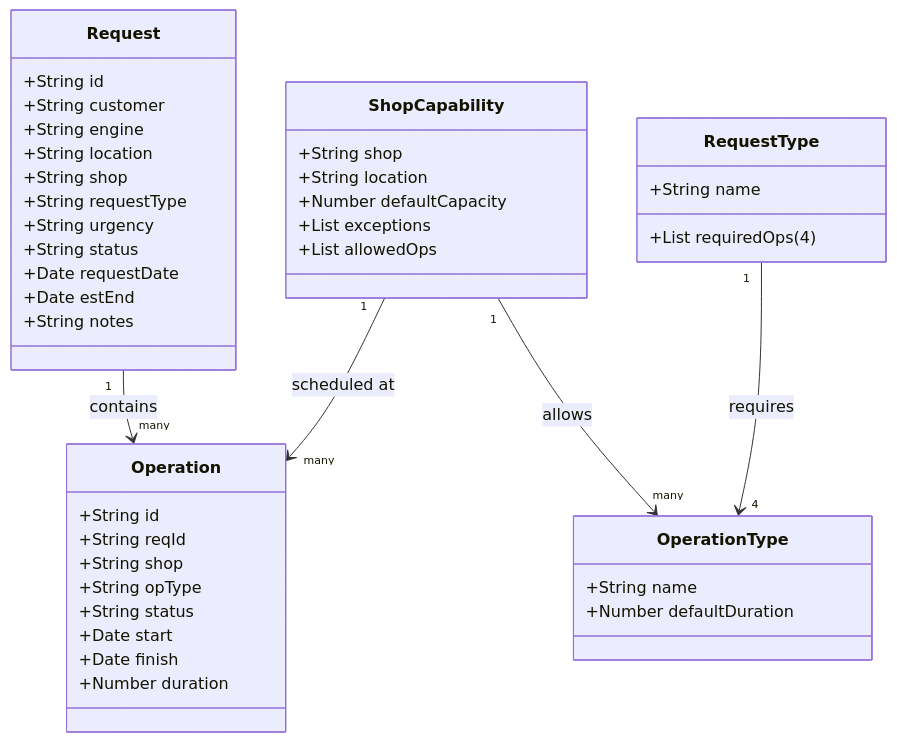
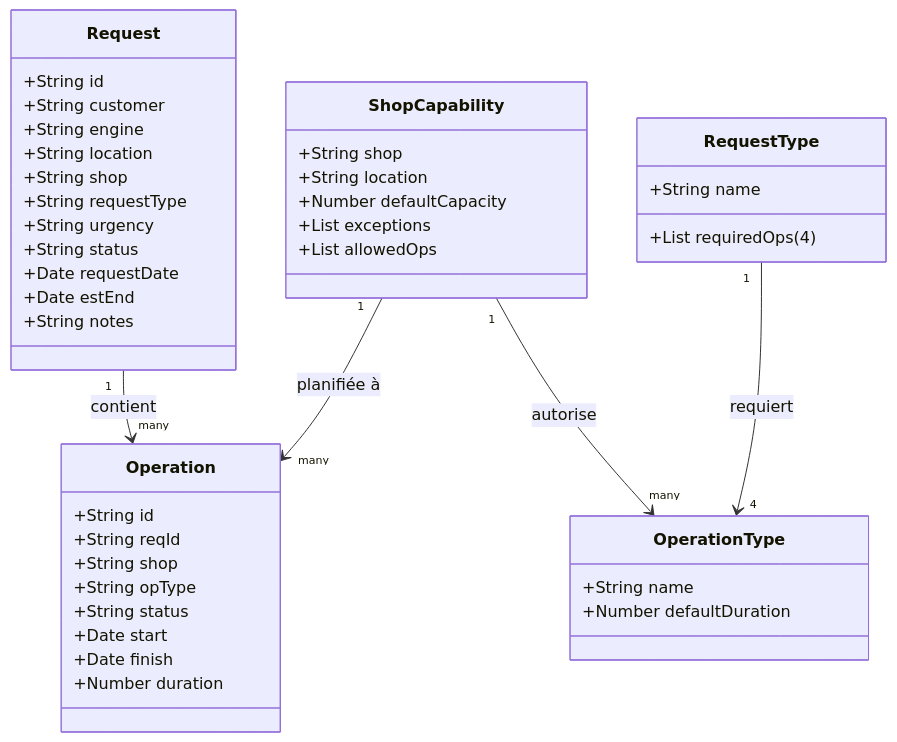
The diagram in specs.md (quangfr/protocop-maestro), drawn with Mermaid before and after one commit. The commit also changed other lines of this file, not shown here.

````diff
--- a/specs.md
+++ b/specs.md
@@ -57,50 +57,50 @@
 ```mermaid
 classDiagram
     class Request {
         +String id
         +String customer
         +String engine
         +String location
         +String shop
         +String requestType
         +String urgency
         +String status
         +Date requestDate
         +Date estEnd
         +String notes
     }
 
     class Operation {
         +String id
         +String reqId
         +String shop
         +String opType
         +String status
         +Date start
         +Date finish
         +Number duration
     }
 
     class ShopCapability {
         +String shop
         +String location
         +Number defaultCapacity
         +List<Exception> exceptions
         +List<String> allowedOps
     }
 
     class RequestType {
         +String name
         +List<String> requiredOps (4)
     }
 
     class OperationType {
         +String name
         +Number defaultDuration
     }
 
-    Request "1" --> "many" Operation : contains
-    ShopCapability "1" --> "many" Operation : scheduled at
-    RequestType "1" --> "4" OperationType : requires
-    ShopCapability "1" --> "many" OperationType : allows
+    Request "1" --> "many" Operation : contient
+    ShopCapability "1" --> "many" Operation : planifiée à
+    RequestType "1" --> "4" OperationType : requiert
+    ShopCapability "1" --> "many" OperationType : autorise
 ```
````
